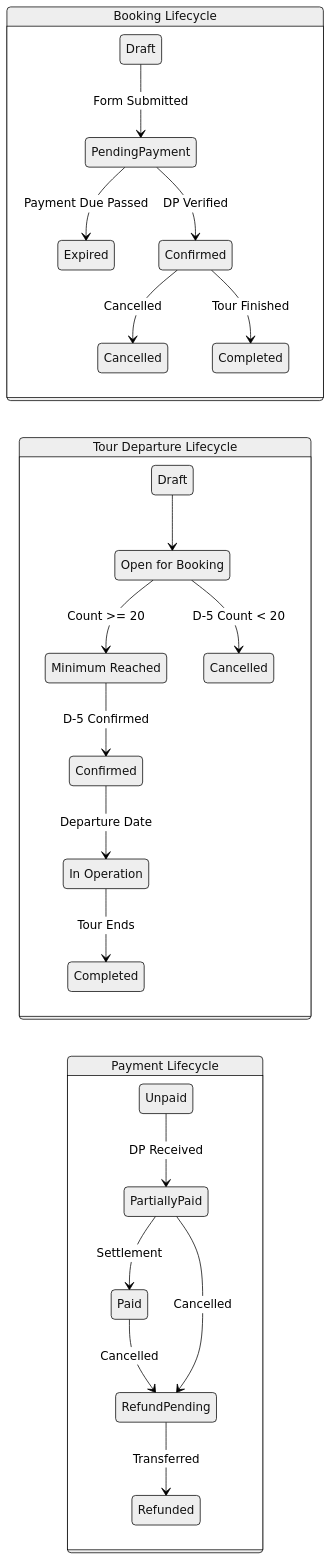
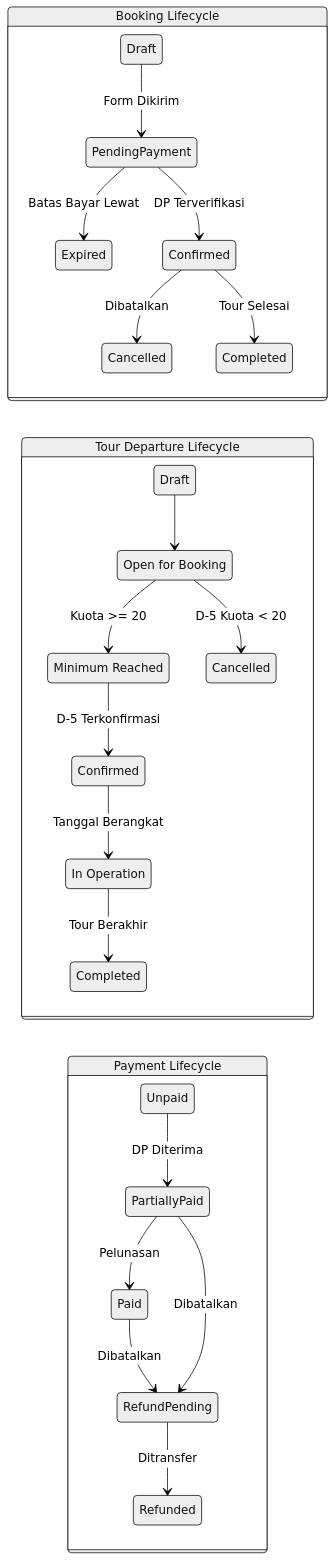
Before and after one commit to mfauzanfikri/tms-docs: the second of 3 diagrams in contexts/01_BRD_Travel_Trip_Management.md, drawn with Mermaid (neutral theme). The commit also changed other lines of this file and 4 other files, not shown here.

````diff
--- a/contexts/01_BRD_Travel_Trip_Management.md
+++ b/contexts/01_BRD_Travel_Trip_Management.md
@@ -128,37 +128,37 @@
 ```mermaid
 stateDiagram-v2
     direction LR
 
     state "Booking Lifecycle" as BL {
-        Draft --> PendingPayment : Form Submitted
-        PendingPayment --> Expired : Payment Due Passed
-        PendingPayment --> Confirmed : DP Verified
-        Confirmed --> Cancelled : Cancelled
-        Confirmed --> Completed : Tour Finished
+        Draft --> PendingPayment : Form Dikirim
+        PendingPayment --> Expired : Batas Bayar Lewat
+        PendingPayment --> Confirmed : DP Terverifikasi
+        Confirmed --> Cancelled : Dibatalkan
+        Confirmed --> Completed : Tour Selesai
     }
 
     state "Tour Departure Lifecycle" as DL {
         DraftDep : Draft
         OpenBooking : Open for Booking
         MinReached : Minimum Reached
         ConfirmedDep : Confirmed
         InOp : In Operation
         Comp : Completed
         CancelledDep : Cancelled
 
         DraftDep --> OpenBooking
-        OpenBooking --> MinReached : Count >= 20
-        OpenBooking --> CancelledDep : D-5 Count < 20
-        MinReached --> ConfirmedDep : D-5 Confirmed
-        ConfirmedDep --> InOp : Departure Date
-        InOp --> Comp : Tour Ends
+        OpenBooking --> MinReached : Kuota >= 20
+        OpenBooking --> CancelledDep : D-5 Kuota < 20
+        MinReached --> ConfirmedDep : D-5 Terkonfirmasi
+        ConfirmedDep --> InOp : Tanggal Berangkat
+        InOp --> Comp : Tour Berakhir
     }
 
     state "Payment Lifecycle" as PL {
-        Unpaid --> PartiallyPaid : DP Received
-        PartiallyPaid --> Paid : Settlement
-        Paid --> RefundPending : Cancelled
-        PartiallyPaid --> RefundPending : Cancelled
-        RefundPending --> Refunded : Transferred
+        Unpaid --> PartiallyPaid : DP Diterima
+        PartiallyPaid --> Paid : Pelunasan
+        Paid --> RefundPending : Dibatalkan
+        PartiallyPaid --> RefundPending : Dibatalkan
+        RefundPending --> Refunded : Ditransfer
     }
 ```
````
